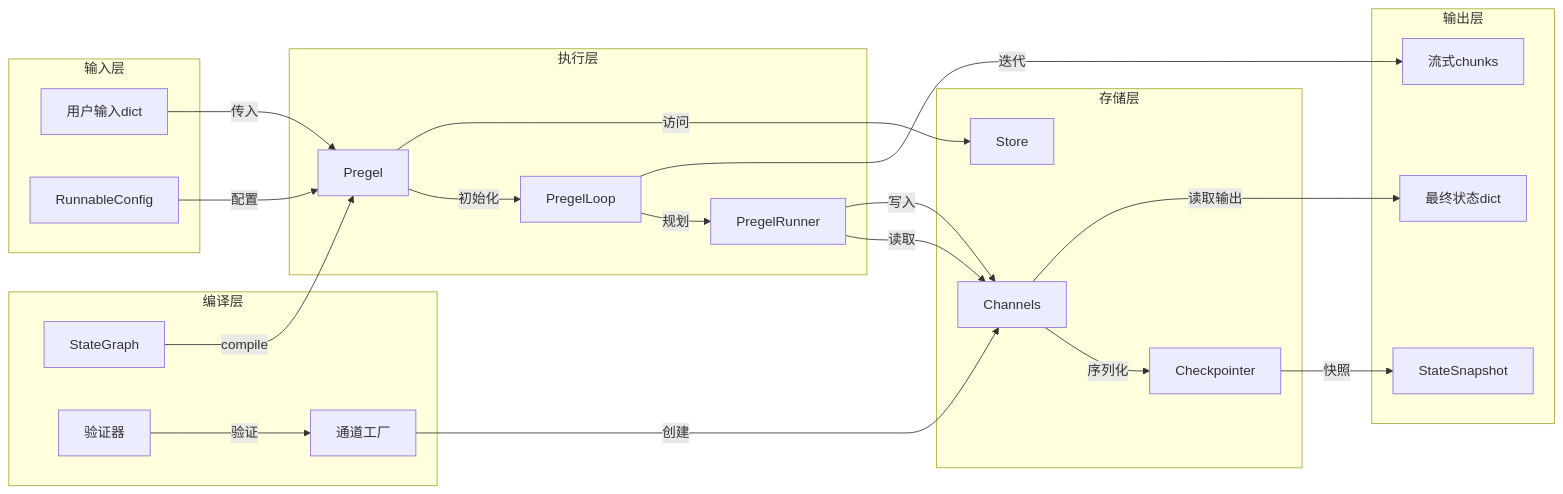
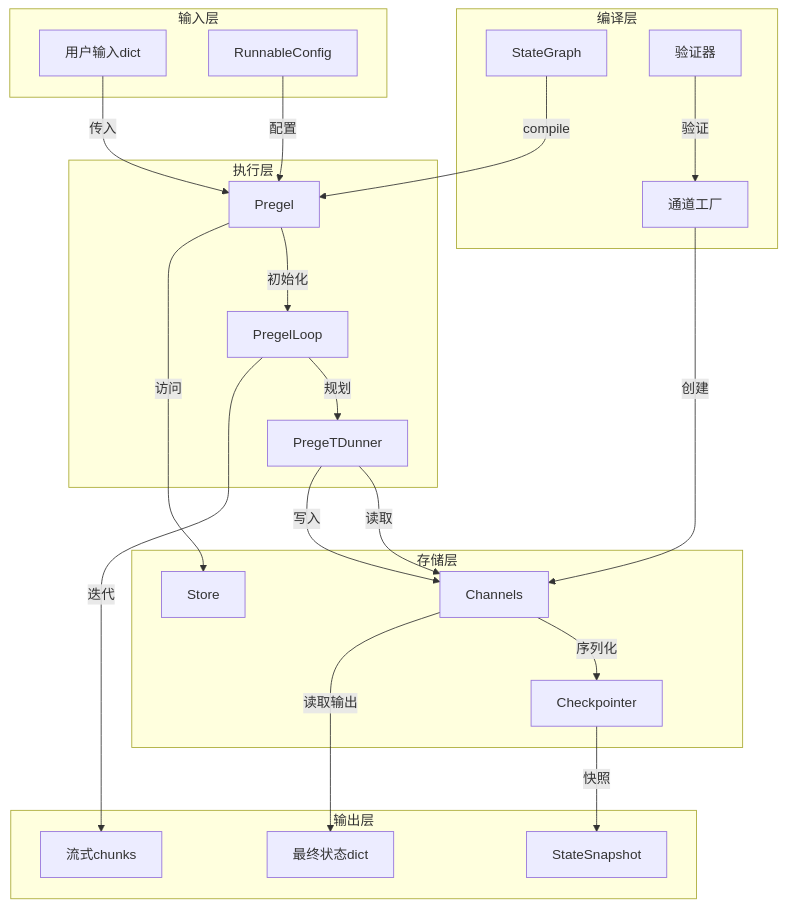
Diagram 16 of 19 in LANGGRAPH_TECHNICAL_DOCUMENTATION.md (Forcandy/langgraph), drawn with Mermaid before and after one commit. The commit also changed other lines of this file, not shown here.

Commit message:
optimize mermaid

````diff
--- a/LANGGRAPH_TECHNICAL_DOCUMENTATION.md
+++ b/LANGGRAPH_TECHNICAL_DOCUMENTATION.md
@@ -5127,48 +5127,48 @@
 ```mermaid
-flowchart LR
+flowchart TD
     subgraph 输入层
         A[用户输入dict]
         B[RunnableConfig]
     end
     
     subgraph 编译层
         C[StateGraph]
         D[验证器]
         E[通道工厂]
     end
     
     subgraph 执行层
         F[Pregel]
         G[PregelLoop]
-        H[PregelRunner]
+        H[PregeTDunner]
     end
     
     subgraph 存储层
         I[Channels]
         J[Checkpointer]
         K[Store]
     end
     
     subgraph 输出层
         L[最终状态dict]
         M[流式chunks]
         N[StateSnapshot]
     end
     
     A -->|传入| F
     B -->|配置| F
     C -->|compile| F
     D -->|验证| E
     E -->|创建| I
     
     F -->|初始化| G
     G -->|规划| H
     H -->|读取| I
     H -->|写入| I
     I -->|序列化| J
     F -->|访问| K
     
     I -->|读取输出| L
     G -->|迭代| M
     J -->|快照| N
 ```
````
